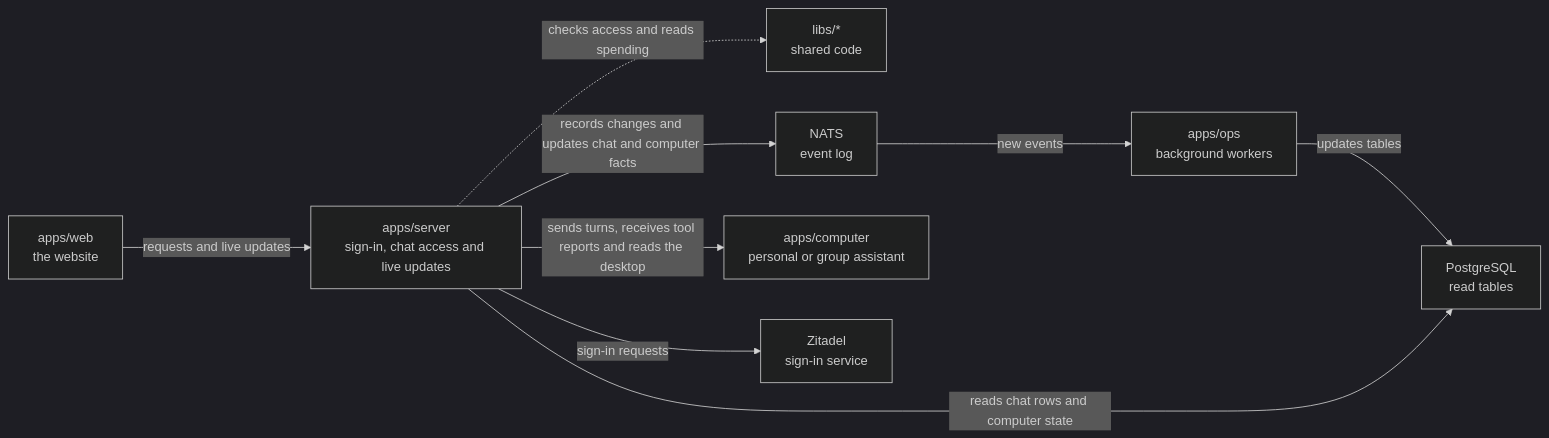
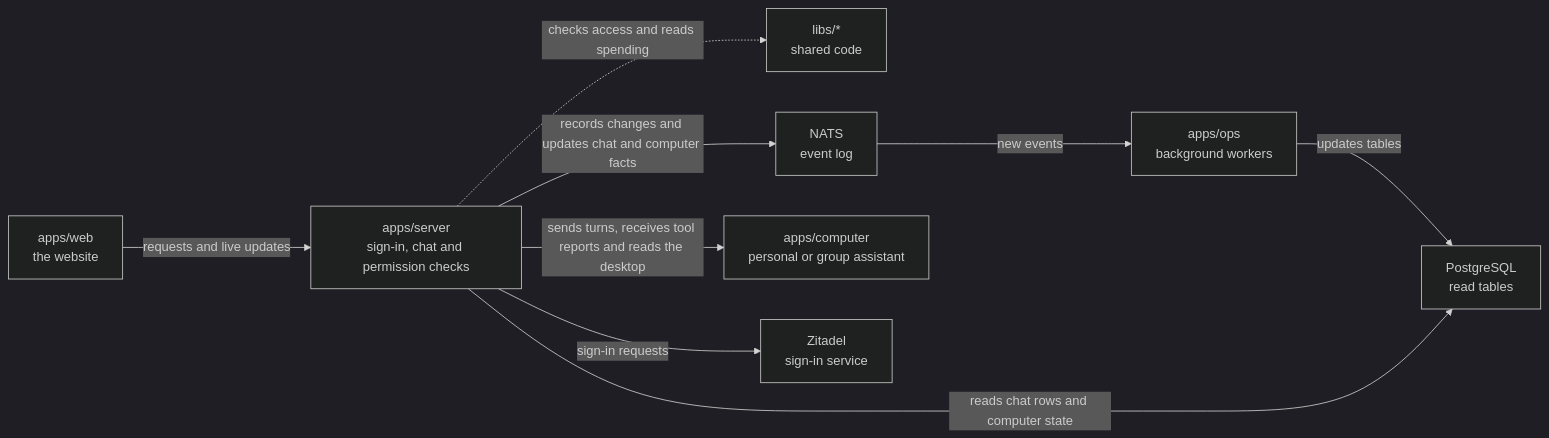
One commit to elewa-git/opencrane-new changed the diagram in apps/server/README.md. Above: the diagram before and after it, drawn with Mermaid (dark theme). The commit also changed other lines of this file and 213 other files, not shown here.

````diff
--- a/apps/server/README.md
+++ b/apps/server/README.md
@@ -11,11 +11,11 @@
 ```mermaid
 flowchart LR
-  web["apps/web<br/>the website"] -->|requests and live updates| server["apps/server<br/>sign-in, chat access and live updates"]
+  web["apps/web<br/>the website"] -->|requests and live updates| server["apps/server<br/>sign-in, chat and permission checks"]
   server -.->|checks access and reads spending| libs["libs/*<br/>shared code"]
   server -->|records changes and updates chat and computer facts| nats["NATS<br/>event log"]
   nats -->|new events| ops["apps/ops<br/>background workers"]
   ops -->|updates tables| postgres["PostgreSQL<br/>read tables"]
   server -->|reads chat rows and computer state| postgres
   server -->|sends turns, receives tool reports and reads the desktop| computer["apps/computer<br/>personal or group assistant"]
   server -->|sign-in requests| zitadel["Zitadel<br/>sign-in service"]
 ```
````
